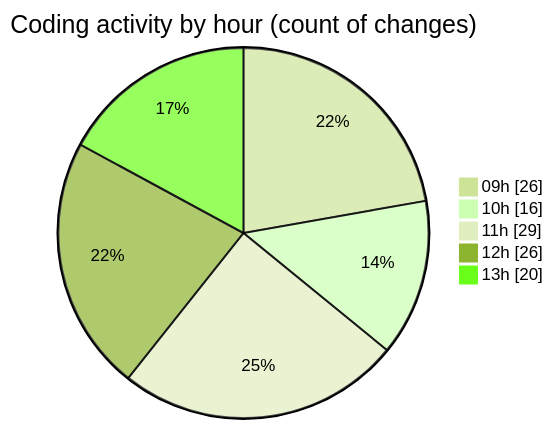
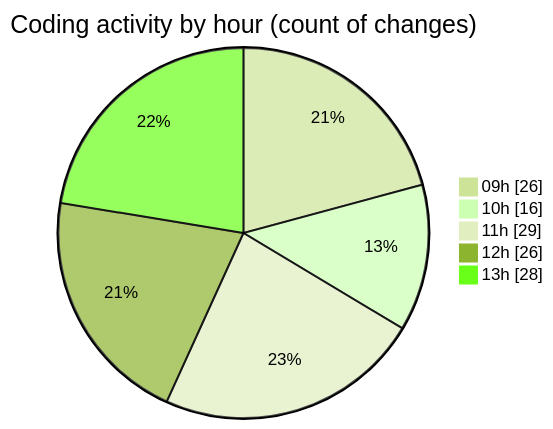
The second of 2 diagrams in 2025-11-17/cda/README.md (momahboobian/code-tracking), drawn with Mermaid (forest theme) before and after one commit. The commit also changed other lines of this file and 1 other file, not shown here.

````diff
--- a/2025-11-17/cda/README.md
+++ b/2025-11-17/cda/README.md
@@ -37,9 +38,9 @@
 ```mermaid
 pie showData
 title Coding activity by hour (count of changes)
 "09h" : 26
 "10h" : 16
 "11h" : 29
 "12h" : 26
-"13h" : 20
+"13h" : 28
 ```
````
